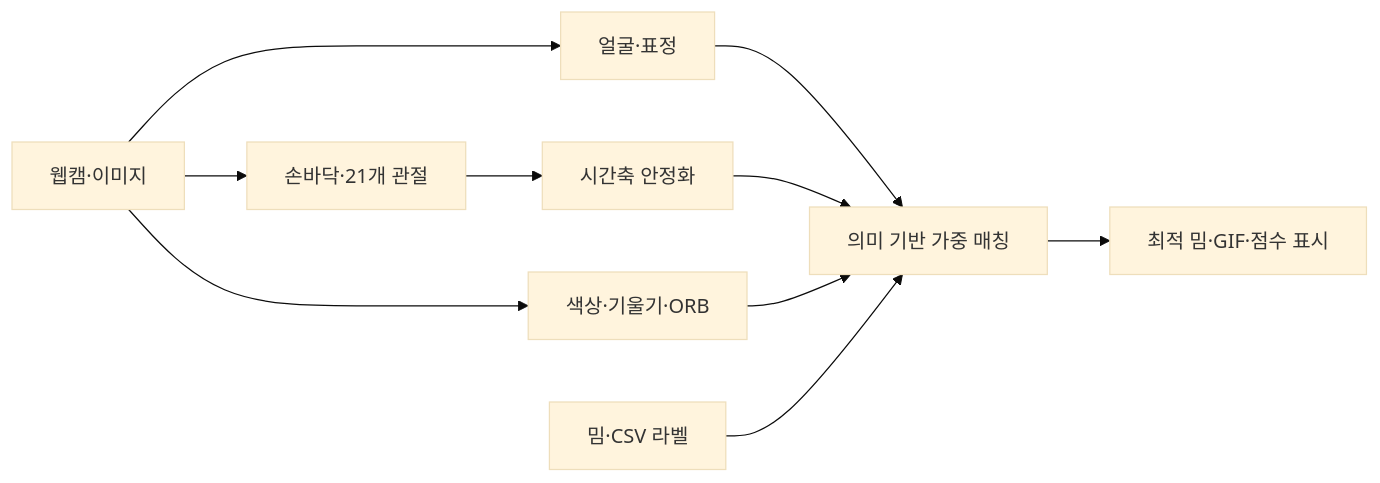
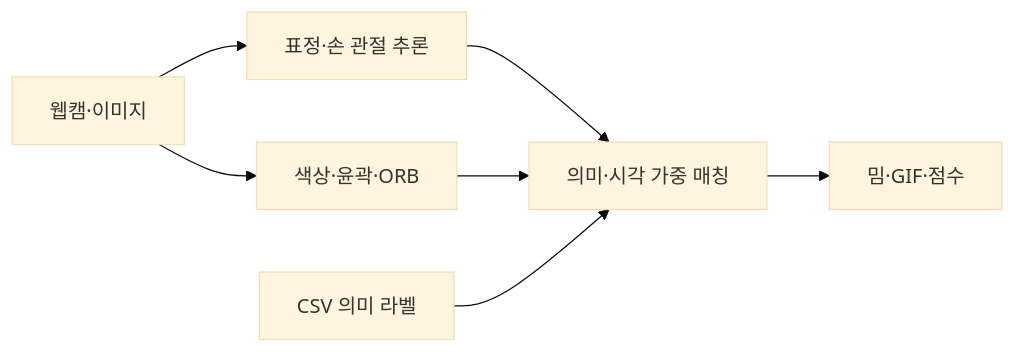
One commit to haelime/haelime.github.io changed the diagram in _posts/2026-08-28-cat-meme-detector.md. Above: the diagram before and after it, drawn with Mermaid (base theme). The commit also changed other lines of this file and 8 other files, not shown here.

````diff
--- a/_posts/2026-08-28-cat-meme-detector.md
+++ b/_posts/2026-08-28-cat-meme-detector.md
@@ -23,12 +28,9 @@
 ```mermaid
 flowchart LR
-    Camera[웹캠·이미지] --> Face[얼굴·표정]
-    Camera --> Hand[손바닥·21개 관절]
-    Camera --> Visual[색상·기울기·ORB]
-    Hand --> Stable[시간축 안정화]
-    Face --> Match[의미 기반 가중 매칭]
-    Stable --> Match
+    Input[웹캠·이미지] --> DNN[표정·손 관절 추론]
+    Input --> Visual[색상·윤곽·ORB]
+    DNN --> Match[의미·시각 가중 매칭]
     Visual --> Match
-    Assets[밈·CSV 라벨] --> Match
-    Match --> Result[최적 밈·GIF·점수 표시]
+    Labels[CSV 의미 라벨] --> Match
+    Match --> Result[밈·GIF·점수]
 ```
````
